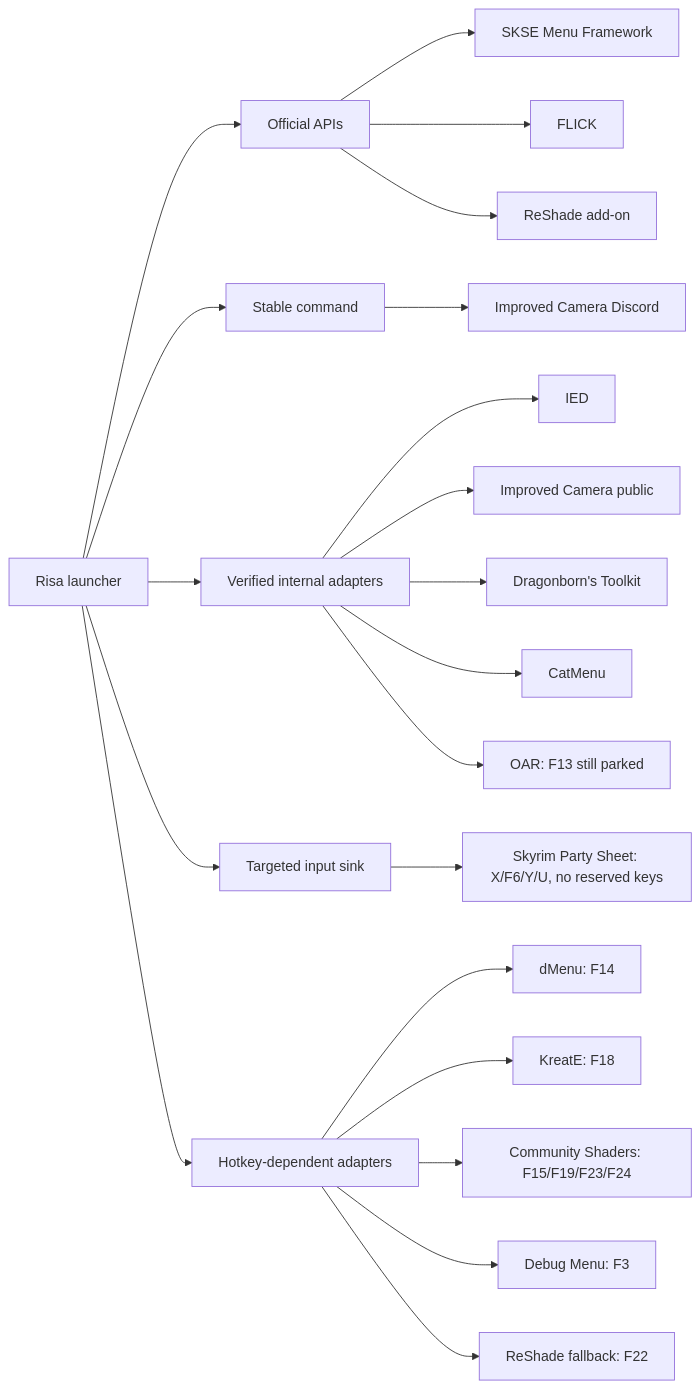
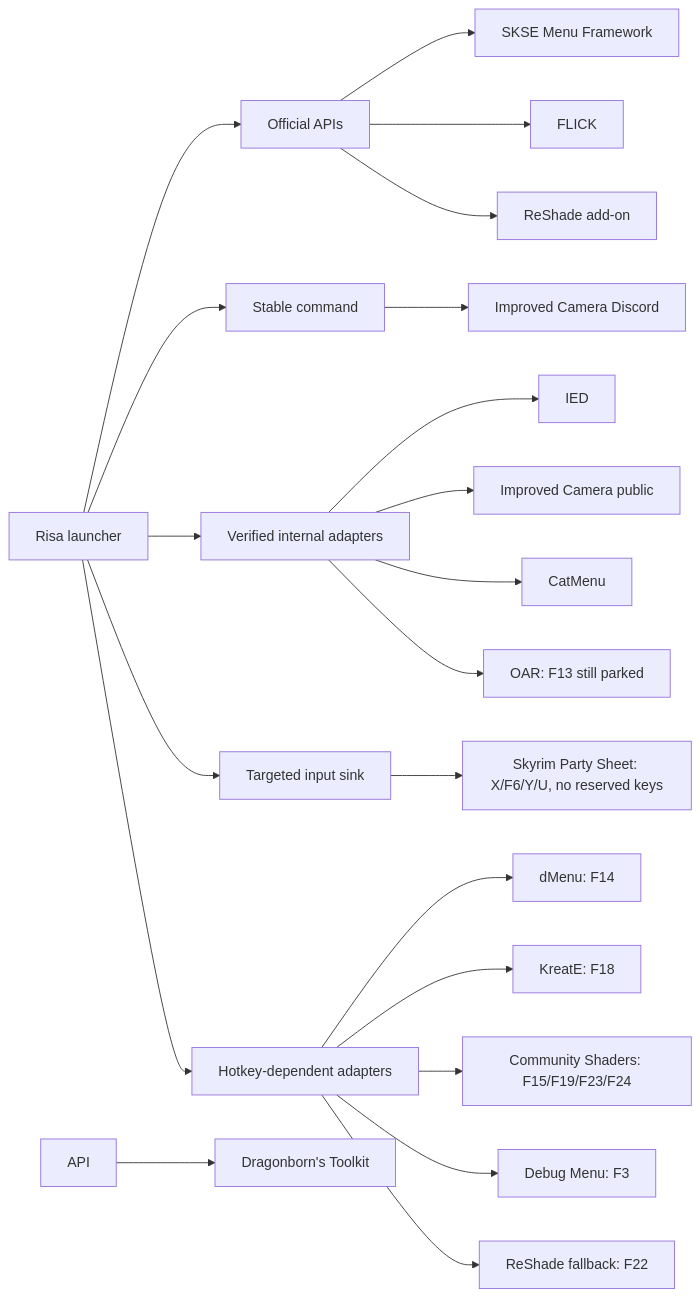
The diagram in docs/INTEGRATION_STATUS.md (Risasre22/Risas-All-In-One-Menu), drawn with Mermaid before and after one commit. The commit also changed other lines of this file and 5 other files, not shown here.

````diff
--- a/docs/INTEGRATION_STATUS.md
+++ b/docs/INTEGRATION_STATUS.md
@@ -31,29 +31,29 @@
 ```mermaid
 flowchart LR
     Launcher["Risa launcher"]
 
     Launcher --> Official["Official APIs"]
     Official --> MF["SKSE Menu Framework"]
     Official --> FLICK["FLICK"]
     Official --> ReShadeAPI["ReShade add-on"]
 
     Launcher --> Stable["Stable command"]
     Stable --> ICDiscord["Improved Camera Discord"]
 
     Launcher --> Internal["Verified internal adapters"]
     Internal --> IED["IED"]
     Internal --> ICPublic["Improved Camera public"]
-    Internal --> Dragonborn["Dragonborn's Toolkit"]
+    API --> Dragonborn["Dragonborn's Toolkit"]
     Internal --> CatMenu["CatMenu"]
     Internal --> OAR["OAR: F13 still parked"]
 
     Launcher --> Sink["Targeted input sink"]
     Sink --> PartySheet["Skyrim Party Sheet: X/F6/Y/U, no reserved keys"]
 
     Launcher --> Hotkeys["Hotkey-dependent adapters"]
     Hotkeys --> DMenu["dMenu: F14"]
     Hotkeys --> KreatE["KreatE: F18"]
     Hotkeys --> CS["Community Shaders: F15/F19/F23/F24"]
     Hotkeys --> Debug["Debug Menu: F3"]
     Hotkeys --> ReShadeFallback["ReShade fallback: F22"]
 ```
````
